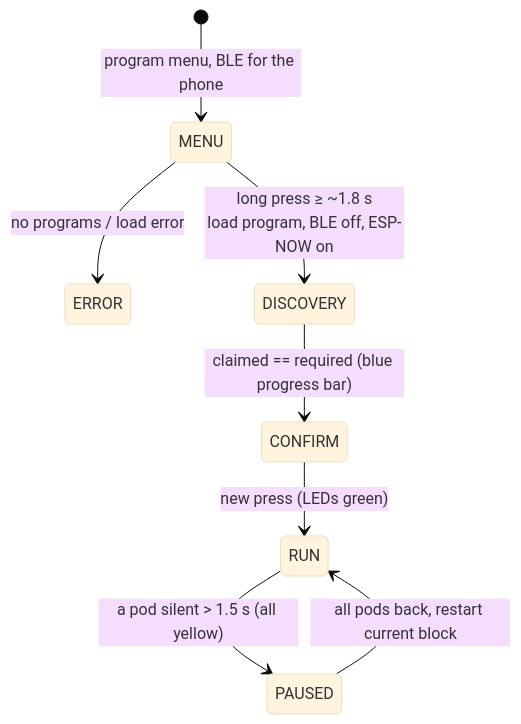
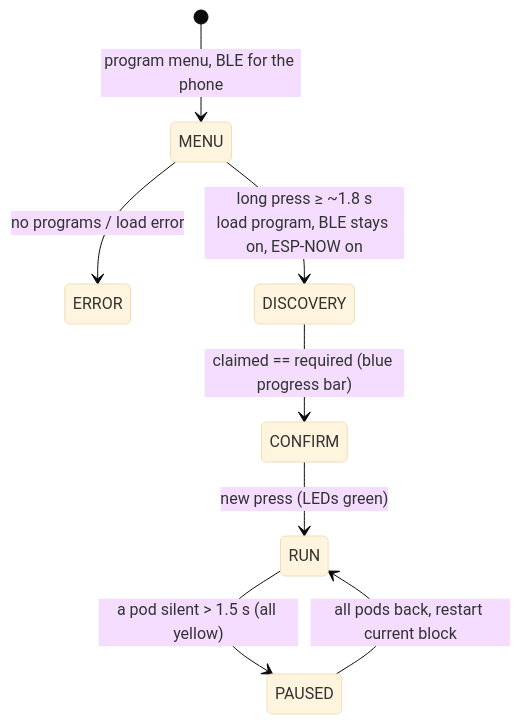
One commit to RunningJoke/reactionButton changed the fourth of 4 diagrams in docs/firmware/architecture.md. Above: the diagram before and after it, drawn with Mermaid (base theme). The commit also changed other lines of this file and 18 other files, not shown here.

First line of the commit message:
Firmware liveBle: BLE stays on during the game (#39, firmware 2.12 dev)

````diff
--- a/docs/firmware/architecture.md
+++ b/docs/firmware/architecture.md
@@ -150,10 +150,10 @@
 ```mermaid
 stateDiagram-v2
     [*] --> MENU : program menu, BLE for the phone
     MENU --> ERROR : no programs / load error
-    MENU --> DISCOVERY : long press ≥ ~1.8 s<br/>load program, BLE off, ESP-NOW on
+    MENU --> DISCOVERY : long press ≥ ~1.8 s<br/>load program, BLE stays on, ESP-NOW on
     DISCOVERY --> CONFIRM : claimed == required (blue progress bar)
     CONFIRM --> RUN : new press (LEDs green)
     RUN --> PAUSED : a pod silent > 1.5 s (all yellow)
     PAUSED --> RUN : all pods back, restart current block
 ```
````
